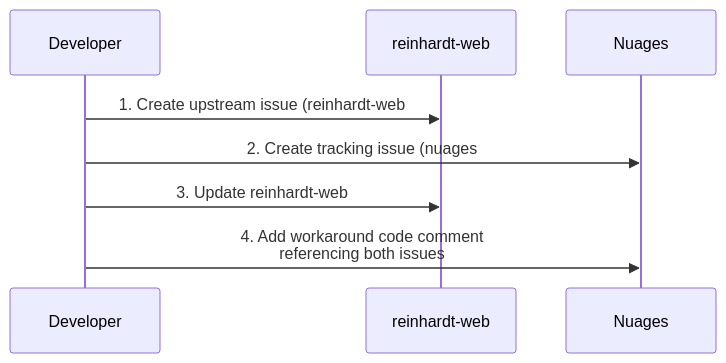
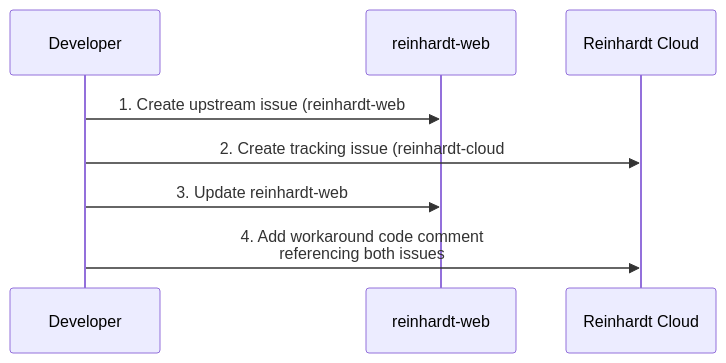
Before and after one commit to kent8192/reinhardt-cloud: the second of 2 diagrams in instructions/UPSTREAM_ISSUE_REPORTING.md, drawn with Mermaid. The commit also changed other lines of this file and 15 other files, not shown here.

Commit message:
docs: update all documentation references from nuages to reinhardt-cloud

````diff
--- a/instructions/UPSTREAM_ISSUE_REPORTING.md
+++ b/instructions/UPSTREAM_ISSUE_REPORTING.md
@@ -117,11 +117,11 @@
 ```mermaid
 sequenceDiagram
     participant D as Developer
     participant RW as reinhardt-web
-    participant N as Nuages
+    participant N as Reinhardt Cloud
 
     D->>RW: 1. Create upstream issue (reinhardt-web#42)
-    D->>N: 2. Create tracking issue (nuages#15)<br/>References reinhardt-web#42
-    D->>RW: 3. Update reinhardt-web#42<br/>Add link to nuages#15
+    D->>N: 2. Create tracking issue (reinhardt-cloud#15)<br/>References reinhardt-web#42
+    D->>RW: 3. Update reinhardt-web#42<br/>Add link to reinhardt-cloud#15
     D->>N: 4. Add workaround code comment<br/>referencing both issues
 ```
````
